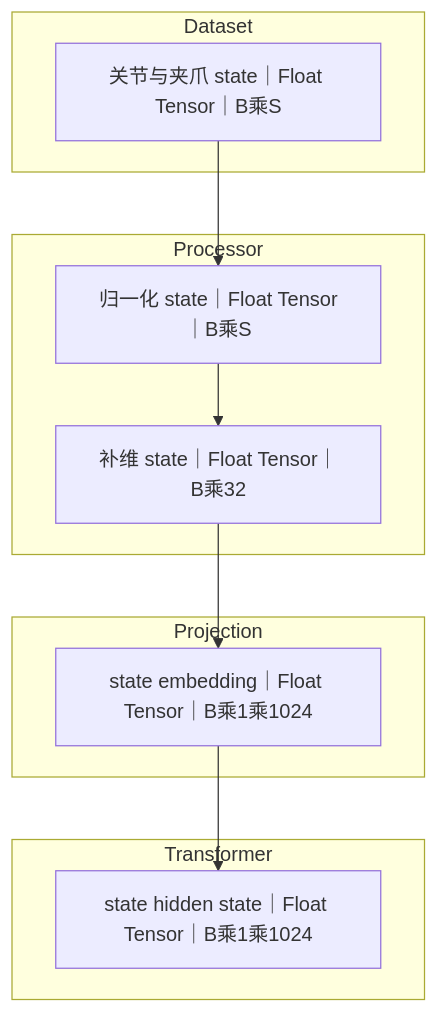
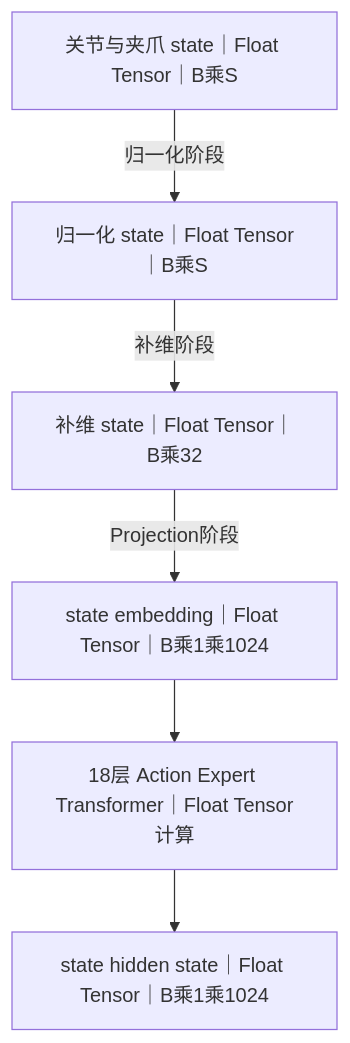
One commit to skkkkk0609/vla-advanced-algorithms changed diagram 11 of 58 in pi0/pi0-end-to-end-flowcharts.md. Above: the diagram before and after it, drawn with Mermaid. The commit also changed other lines of this file and 3 other files, not shown here.

````diff
--- a/pi0/pi0-end-to-end-flowcharts.md
+++ b/pi0/pi0-end-to-end-flowcharts.md
@@ -195,18 +212,9 @@
 ```mermaid
 flowchart TD
-    subgraph ST1[Dataset]
-        SRAW[关节与夹爪 state｜Float Tensor｜B乘S]
-    end
-    subgraph ST2[Processor]
-        SNORM[归一化 state｜Float Tensor｜B乘S]
-        SPAD[补维 state｜Float Tensor｜B乘32]
-    end
-    subgraph ST3[Projection]
-        SEMB2[state embedding｜Float Tensor｜B乘1乘1024]
-    end
-    subgraph ST4[Transformer]
-        SHID[state hidden state｜Float Tensor｜B乘1乘1024]
-    end
-
-    SRAW --> SNORM --> SPAD --> SEMB2 --> SHID
+    S[关节与夹爪 state｜Float Tensor｜B乘S]
+    S -- 归一化阶段 --> N[归一化 state｜Float Tensor｜B乘S]
+    N -- 补维阶段 --> P[补维 state｜Float Tensor｜B乘32]
+    P -- Projection阶段 --> E[state embedding｜Float Tensor｜B乘1乘1024]
+    E --> J[18层 Action Expert Transformer｜Float Tensor计算]
+    J --> H[state hidden state｜Float Tensor｜B乘1乘1024]
 ```
````
